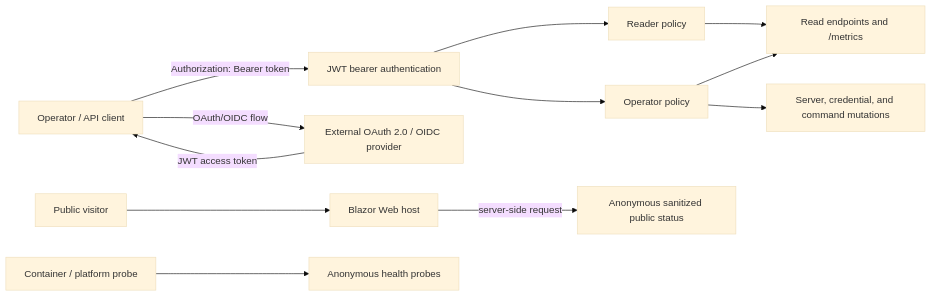
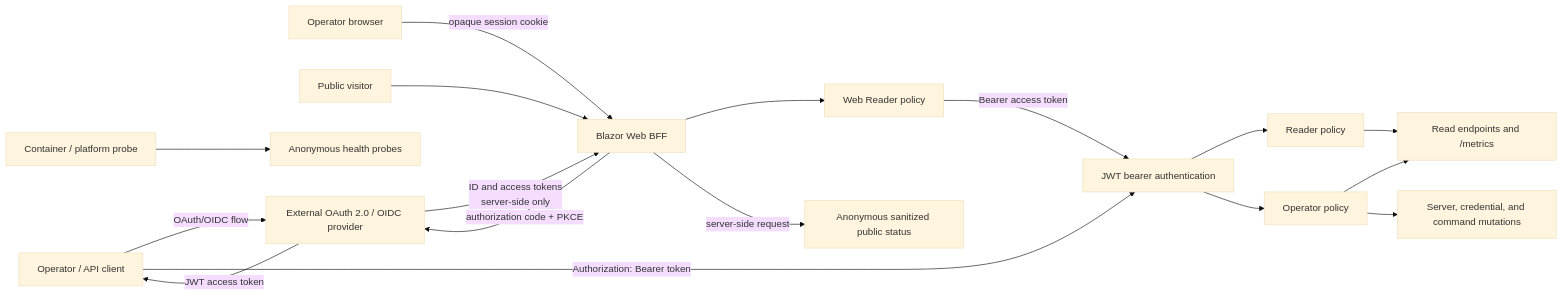
One commit to tov-vl/gold-src-ops changed the second of 8 diagrams in docs/architecture.md. Above: the diagram before and after it, drawn with Mermaid (base theme). The commit also changed other lines of this file and 50 other files, not shown here.

````diff
--- a/docs/architecture.md
+++ b/docs/architecture.md
@@ -163,27 +167,34 @@
 ```mermaid
 flowchart LR
     client["Operator / API client"]
+    browser["Operator browser"]
     visitor["Public visitor"]
-    web["Blazor Web host"]
+    web["Blazor Web BFF"]
     identity["External OAuth 2.0 / OIDC provider"]
     authentication["JWT bearer authentication"]
+    webReader["Web Reader policy"]
     reader["Reader policy"]
     operatorPolicy["Operator policy"]
     reads["Read endpoints and /metrics"]
     writes["Server, credential, and command mutations"]
     platform["Container / platform probe"]
     health["Anonymous health probes"]
     publicStatus["Anonymous sanitized public status"]
 
     client -->|"OAuth/OIDC flow"| identity
     identity -->|"JWT access token"| client
     client -->|"Authorization: Bearer token"| authentication
+    browser -->|"opaque session cookie"| web
+    web -->|"authorization code + PKCE"| identity
+    identity -->|"ID and access tokens<br/>server-side only"| web
+    web --> webReader
+    webReader -->|"Bearer access token"| authentication
     authentication --> reader
     authentication --> operatorPolicy
     reader --> reads
     operatorPolicy --> reads
     operatorPolicy --> writes
     platform --> health
     visitor --> web
     web -->|"server-side request"| publicStatus
 ```
````
